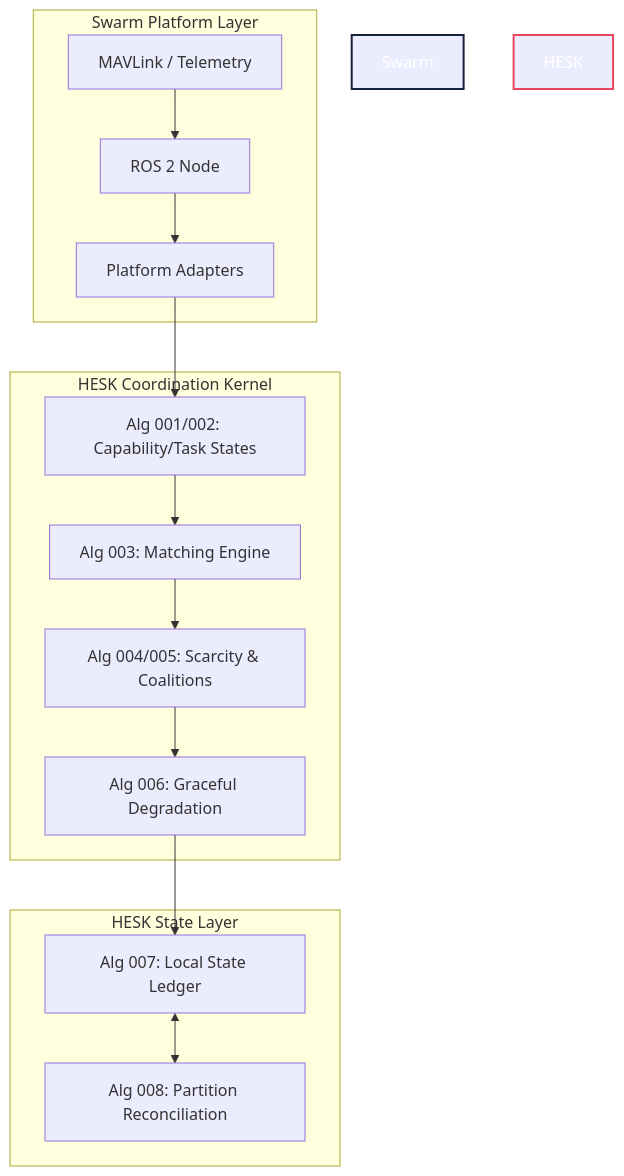
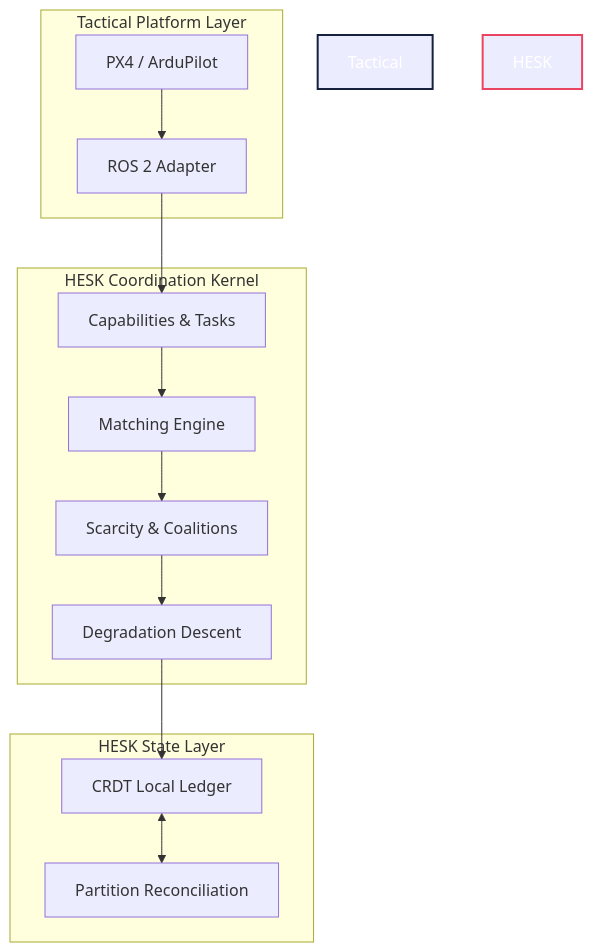
The diagram in README.md (DarshRajPandey/hesk), drawn with Mermaid before and after one commit. The commit also changed other lines of this file, not shown here.

Commit message:
Enhance README.md with tactical applications and refined UI structure

````diff
--- a/README.md
+++ b/README.md
@@ -72,23 +94,22 @@
 ```mermaid
 graph TD
-    subgraph Swarm Platform Layer
-        M[MAVLink / Telemetry] --> ROS[ROS 2 Node]
-        ROS --> A[Platform Adapters]
+    subgraph Tactical Platform Layer
+        M[PX4 / ArduPilot] --> ROS[ROS 2 Adapter]
     end
 
     subgraph HESK Coordination Kernel
-        A --> C[Alg 001/002: Capability/Task States]
-        C --> M2[Alg 003: Matching Engine]
-        M2 --> Alloc[Alg 004/005: Scarcity & Coalitions]
-        Alloc --> Deg[Alg 006: Graceful Degradation]
+        ROS --> C[Capabilities & Tasks]
+        C --> M2[Matching Engine]
+        M2 --> Alloc[Scarcity & Coalitions]
+        Alloc --> Deg[Degradation Descent]
     end
 
     subgraph HESK State Layer
-        Deg --> Ledg[Alg 007: Local State Ledger]
-        Ledg <--> Recon[Alg 008: Partition Reconciliation]
+        Deg --> Ledg[CRDT Local Ledger]
+        Ledg <--> Recon[Partition Reconciliation]
     end
     
-    style Swarm Platform Layer fill:#1a1a2e,stroke:#16213e,stroke-width:2px,color:#fff
+    style Tactical Platform Layer fill:#1a1a2e,stroke:#16213e,stroke-width:2px,color:#fff
     style HESK Coordination Kernel fill:#0f3460,stroke:#e94560,stroke-width:2px,color:#fff
     style HESK State Layer fill:#16213e,stroke:#e94560,stroke-width:2px,color:#fff
 ```
````
